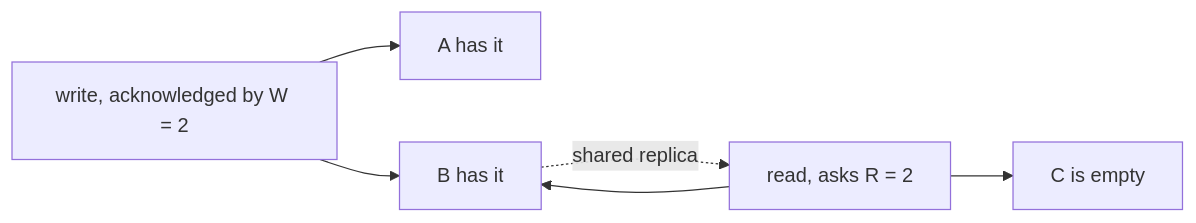
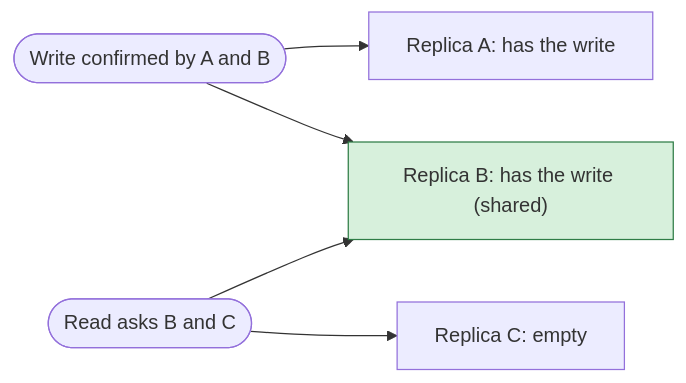
The first of 2 diagrams in src/content/docs/hld/phase-4/H4-2-quorums.mdx (t3ns0r-ss/self-engine), drawn with Mermaid before and after one commit. The commit also changed other lines of this file and 5 other files, not shown here.

First line of the commit message:
diagrams: render Mermaid as SVG images with a readable theme and dark mode; redraw the H4.2 diagrams; DL1 and DH1 approved

````diff
--- a/src/content/docs/hld/phase-4/H4-2-quorums.mdx
+++ b/src/content/docs/hld/phase-4/H4-2-quorums.mdx
@@ -90,6 +90,8 @@
 ```mermaid
 flowchart LR
-  W["write, acknowledged by W = 2"] --> A[A has it] & B[B has it]
-  R["read, asks R = 2"] --> B & C[C is empty]
-  B -.->|shared replica| R
+  W(["Write confirmed by A and B"]) --> A["Replica A: has the write"]
+  W --> B["Replica B: has the write (shared)"]
+  R(["Read asks B and C"]) --> B
+  R --> C["Replica C: empty"]
+  style B fill:#d7f0dc,stroke:#2f7d46
 ```
````
